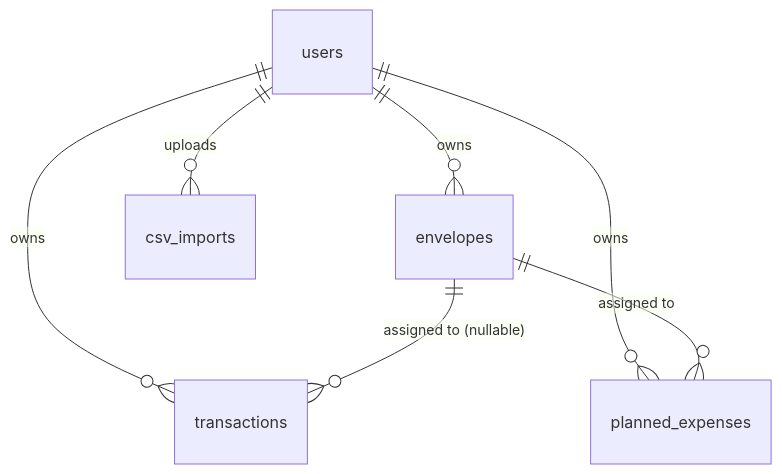
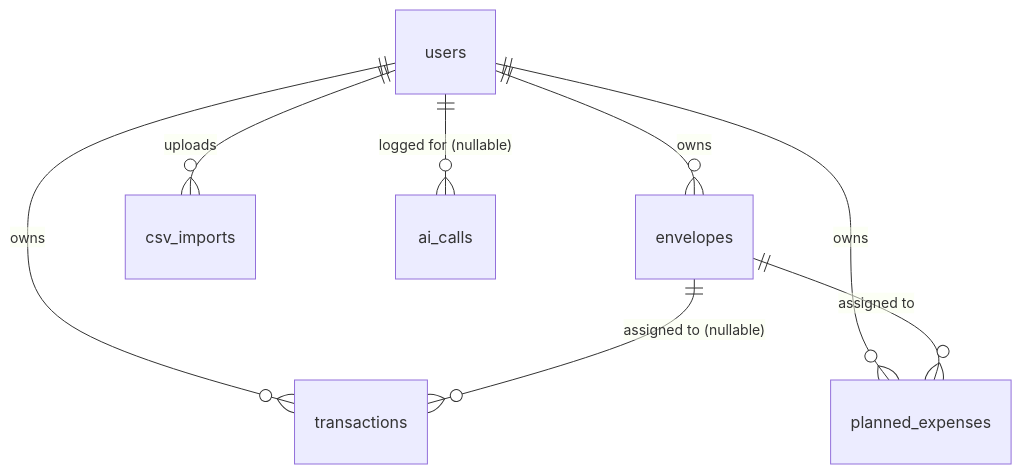
The diagram in docs/DATABASE.md (TechTroop-SekAir/buddgy-project), drawn with Mermaid before and after one commit. The commit also changed other lines of this file and 28 other files, not shown here.

````diff
--- a/docs/DATABASE.md
+++ b/docs/DATABASE.md
@@ -33,9 +34,10 @@
 ```mermaid
 erDiagram
     users ||--o{ envelopes : owns
     users ||--o{ transactions : owns
     users ||--o{ planned_expenses : owns
     users ||--o{ csv_imports : uploads
+    users ||--o{ ai_calls : "logged for (nullable)"
     envelopes ||--o{ transactions : "assigned to (nullable)"
     envelopes ||--o{ planned_expenses : "assigned to"
 ```
````
